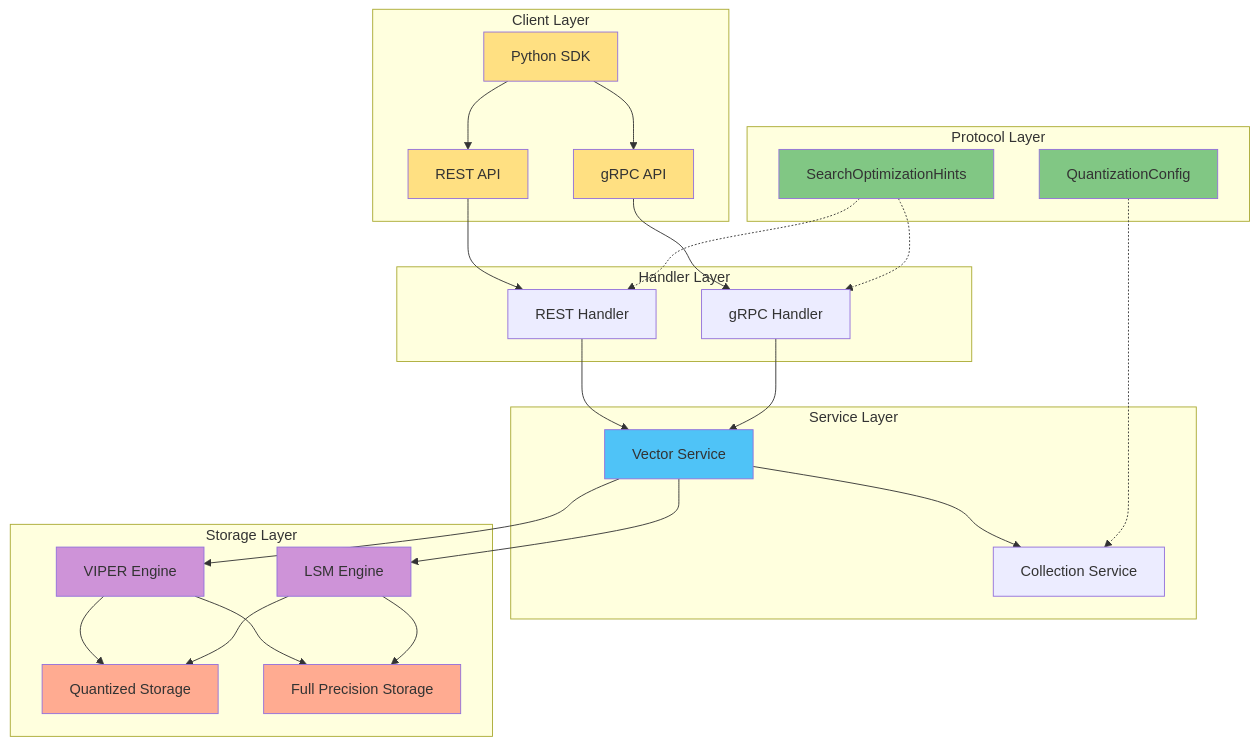
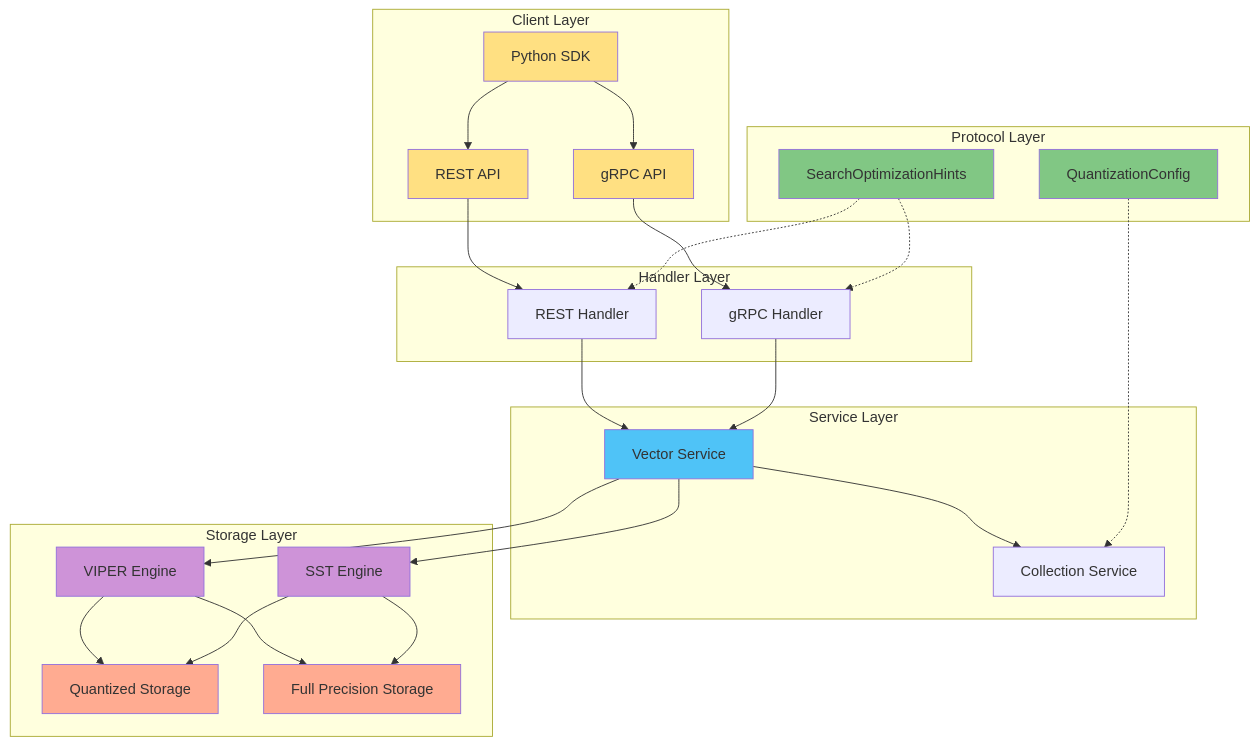
The diagram in docs/diagrams/quantization-components.mmd (vjsingh1984/proximaDB), drawn with Mermaid before and after one commit. The commit also changed 60 other files, not shown here.

```diff
--- a/docs/diagrams/quantization-components.mmd
+++ b/docs/diagrams/quantization-components.mmd
@@ -1,57 +1,57 @@
 graph TB
     subgraph "Client Layer"
         A[Python SDK]
         B[REST API]
         C[gRPC API]
     end
     
     subgraph "Protocol Layer"
         D[QuantizationConfig]
         E[SearchOptimizationHints]
     end
     
     subgraph "Handler Layer"
         F[REST Handler]
         G[gRPC Handler]
     end
     
     subgraph "Service Layer"
         H[Vector Service]
         I[Collection Service]
     end
     
     subgraph "Storage Layer"
         J[VIPER Engine]
-        K[LSM Engine]
+        K[SST Engine]
         L[Quantized Storage]
         M[Full Precision Storage]
     end
     
     A --> B
     A --> C
     B --> F
     C --> G
     F --> H
     G --> H
     H --> I
     H --> J
     H --> K
     J --> L
     J --> M
     K --> L
     K --> M
     
     D -.-> I
     E -.-> F
     E -.-> G
     
     style A fill:#FFE082
     style B fill:#FFE082
     style C fill:#FFE082
     style D fill:#81C784
     style E fill:#81C784
     style H fill:#4FC3F7
     style J fill:#CE93D8
     style K fill:#CE93D8
     style L fill:#FFAB91
     style M fill:#FFAB91
```
